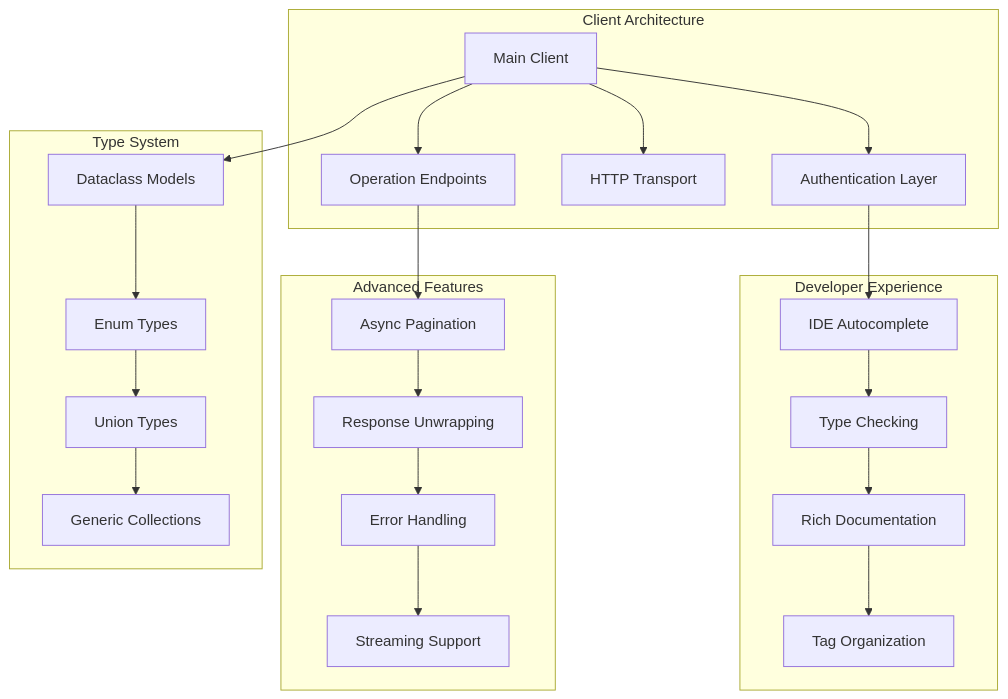
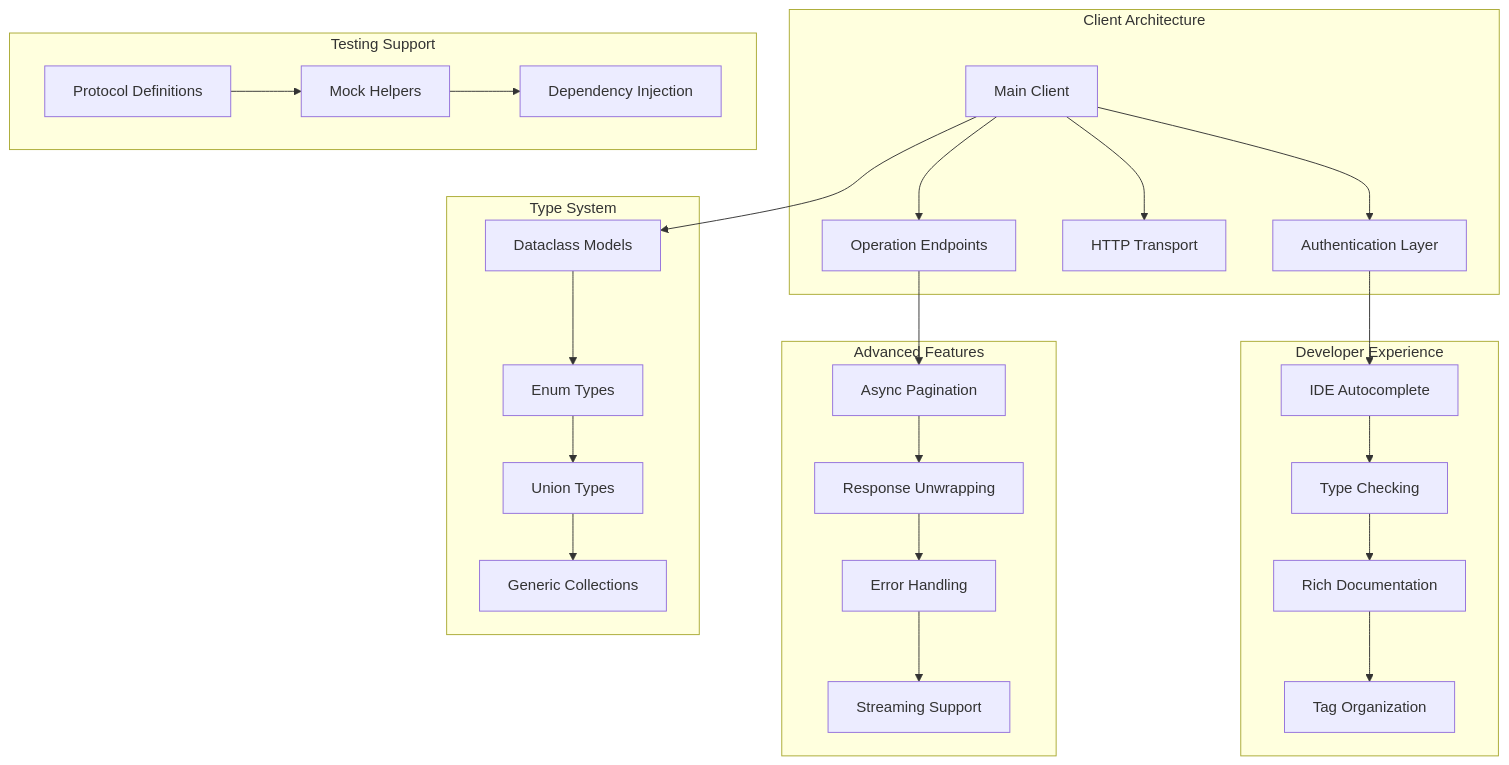
The fourth of 5 diagrams in CLAUDE.md (mindhiveoy/pyopenapi_gen), drawn with Mermaid before and after one commit. The commit also changed other lines of this file and 3 other files, not shown here.

First line of the commit message:
docs(architecture): update docs for Protocol and Mock generation

````diff
--- a/CLAUDE.md
+++ b/CLAUDE.md
@@ -460,30 +460,35 @@
 ```mermaid
 graph TB
     subgraph "Client Architecture"
         A[Main Client] --> B[Authentication Layer]
         A --> C[HTTP Transport]
         A --> D[Operation Endpoints]
     end
     
     subgraph "Type System"
         E[Dataclass Models] --> F[Enum Types]
         F --> G[Union Types]
         G --> H[Generic Collections]
     end
     
     subgraph "Advanced Features"
         I[Async Pagination] --> J[Response Unwrapping]
         J --> K[Error Handling]
         K --> L[Streaming Support]
     end
-    
+
+    subgraph "Testing Support"
+        Q[Protocol Definitions] --> R[Mock Helpers]
+        R --> S[Dependency Injection]
+    end
+
     subgraph "Developer Experience"
         M[IDE Autocomplete] --> N[Type Checking]
         N --> O[Rich Documentation]
         O --> P[Tag Organization]
     end
     
     A --> E
     D --> I
     B --> M
 ```
````
